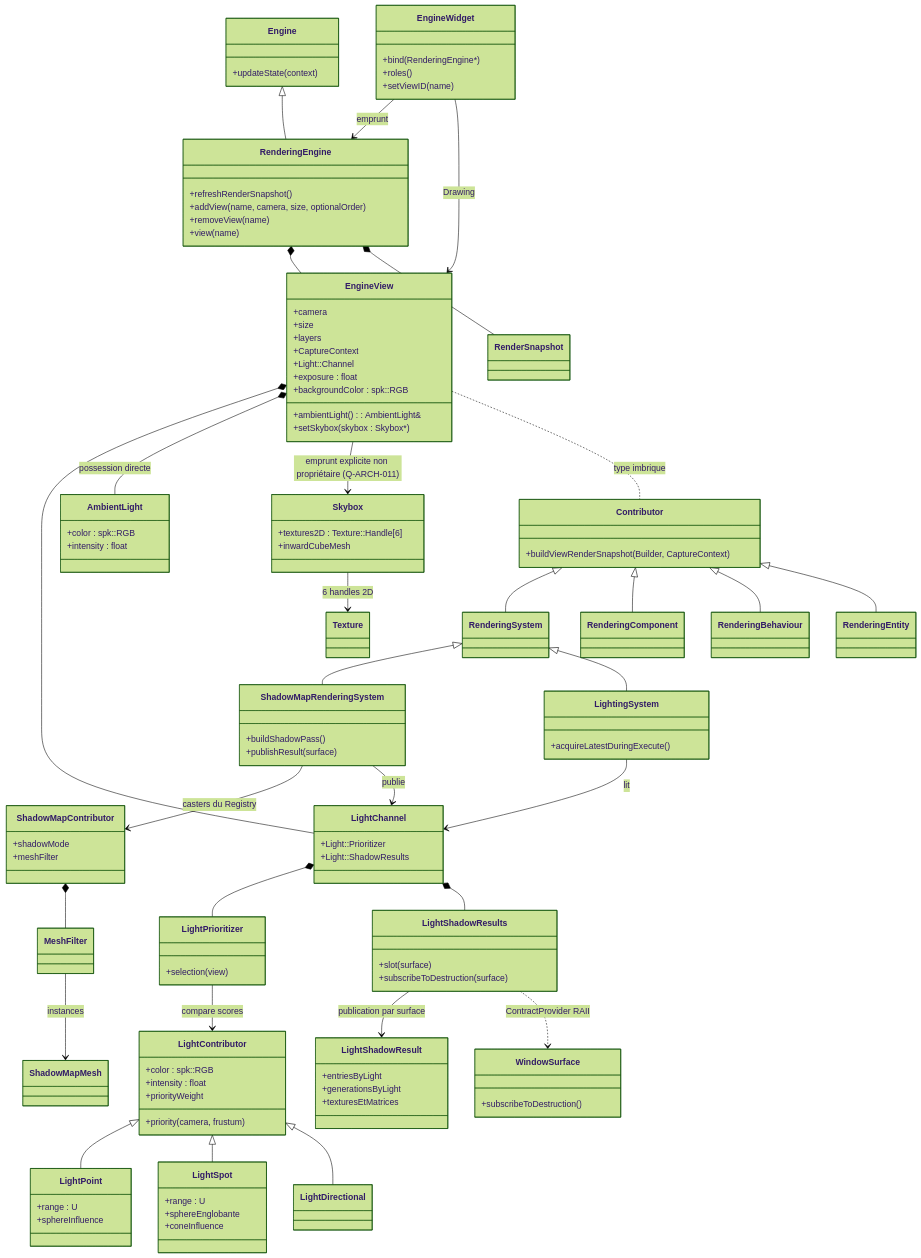
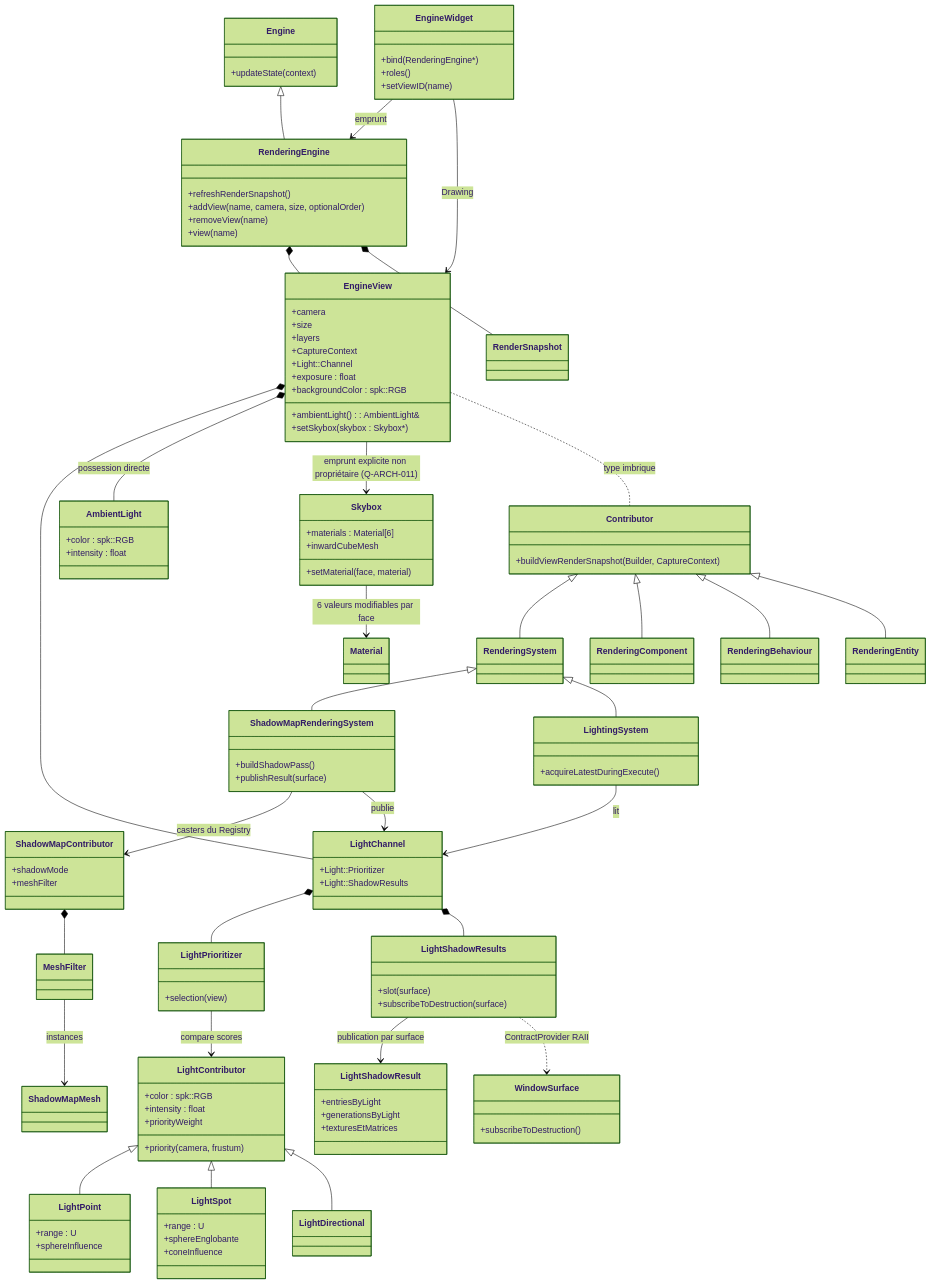
Before and after one commit to EreliaStudio/Sparkle: the first of 9 diagrams in docs/voxel-engine-v0.1.4/07-vues-et-passes.md, drawn with Mermaid (forest theme). The commit also changed other lines of this file and 5 other files, not shown here.

Commit message:
docs(v0.1.4): revise Q-ARCH-012 for mutable Skybox face Materials

```diff
--- a/docs/voxel-engine-v0.1.4/07-vues-et-passes.md
+++ b/docs/voxel-engine-v0.1.4/07-vues-et-passes.md
@@ -35,7 +35,8 @@
     +intensity : float
   }
   class Skybox {
-    +textures2D : Texture::Handle[6]
+    +materials : Material[6]
+    +setMaterial(face, material)
     +inwardCubeMesh
   }
   class Contributor {
@@ -104,7 +105,7 @@
   EngineView *-- LightChannel
   EngineView *-- AmbientLight : possession directe
   EngineView --> Skybox : emprunt explicite non propriétaire (Q-ARCH-011)
-  Skybox --> Texture : 6 handles 2D
+  Skybox --> Material : 6 valeurs modifiables par face
   EngineView .. Contributor : type imbrique
   Contributor <|-- RenderingSystem
   Contributor <|-- RenderingComponent
```
